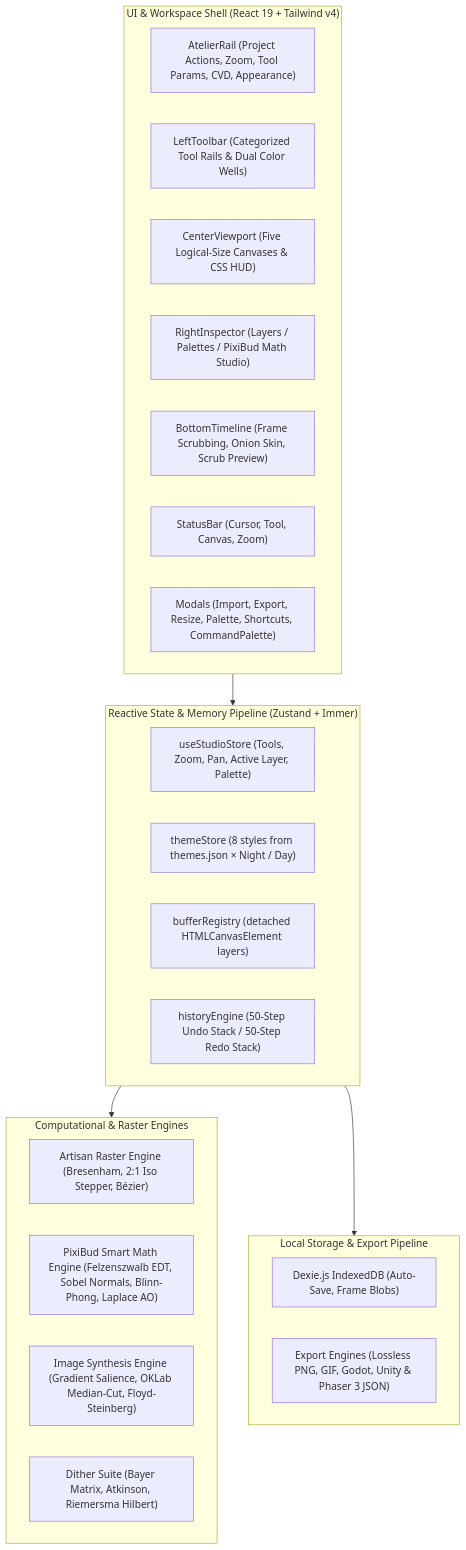
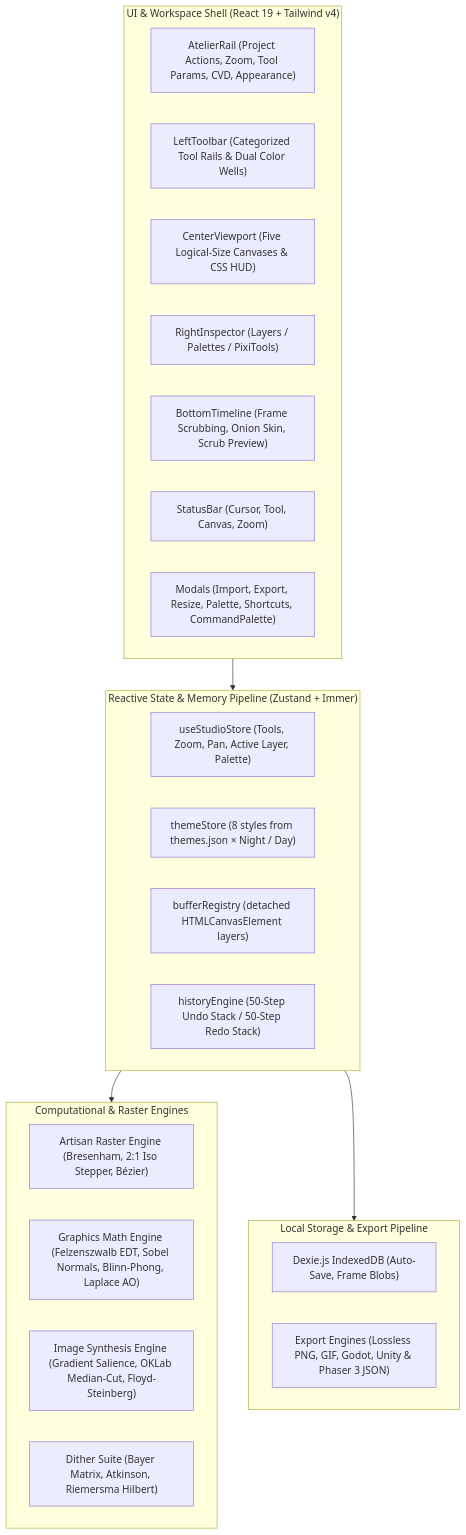
The first of 6 diagrams in ARCHITECTURE.md (lxcario/PixiBun), drawn with Mermaid before and after one commit. The commit also changed other lines of this file and 12 other files, not shown here.

First line of the commit message:
Update maintained docs for PixiBun, themes, onboarding and the roadmap

````diff
--- a/ARCHITECTURE.md
+++ b/ARCHITECTURE.md
@@ -106,35 +117,35 @@
 ```mermaid
 graph TD
     subgraph UI_Layer [" UI & Workspace Shell (React 19 + Tailwind v4)"]
         AtelierRail["AtelierRail (Project Actions, Zoom, Tool Params, CVD, Appearance)"]
         LeftRail["LeftToolbar (Categorized Tool Rails & Dual Color Wells)"]
         ViewportShell["CenterViewport (Five Logical-Size Canvases & CSS HUD)"]
-        RightStudio["RightInspector (Layers / Palettes / PixiBud Math Studio)"]
+        RightStudio["RightInspector (Layers / Palettes / PixiTools)"]
         TimelineDock["BottomTimeline (Frame Scrubbing, Onion Skin, Scrub Preview)"]
         StatusBar["StatusBar (Cursor, Tool, Canvas, Zoom)"]
         Modals["Modals (Import, Export, Resize, Palette, Shortcuts, CommandPalette)"]
     end
 
     subgraph State_Layer [" Reactive State & Memory Pipeline (Zustand + Immer)"]
         Store["useStudioStore (Tools, Zoom, Pan, Active Layer, Palette)"]
         Theme["themeStore (8 styles from themes.json × Night / Day)"]
         BufferReg["bufferRegistry (detached HTMLCanvasElement layers)"]
         UndoRedo["historyEngine (50-Step Undo Stack / 50-Step Redo Stack)"]
     end
 
     subgraph Core_Engines ["Computational & Raster Engines"]
         RasterCore["Artisan Raster Engine (Bresenham, 2:1 Iso Stepper, Bézier)"]
-        MathCore["PixiBud Smart Math Engine (Felzenszwalb EDT, Sobel Normals, Blinn-Phong, Laplace AO)"]
+        MathCore["Graphics Math Engine (Felzenszwalb EDT, Sobel Normals, Blinn-Phong, Laplace AO)"]
         PixelizeCore["Image Synthesis Engine (Gradient Salience, OKLab Median-Cut, Floyd-Steinberg)"]
         DitherCore["Dither Suite (Bayer Matrix, Atkinson, Riemersma Hilbert)"]
     end
 
     subgraph Storage_Layer [" Local Storage & Export Pipeline"]
         DexieDB["Dexie.js IndexedDB (Auto-Save, Frame Blobs)"]
         Exporter["Export Engines (Lossless PNG, GIF, Godot, Unity & Phaser 3 JSON)"]
     end
 
     UI_Layer --> State_Layer
     State_Layer --> Core_Engines
     State_Layer --> Storage_Layer
 ```
````
